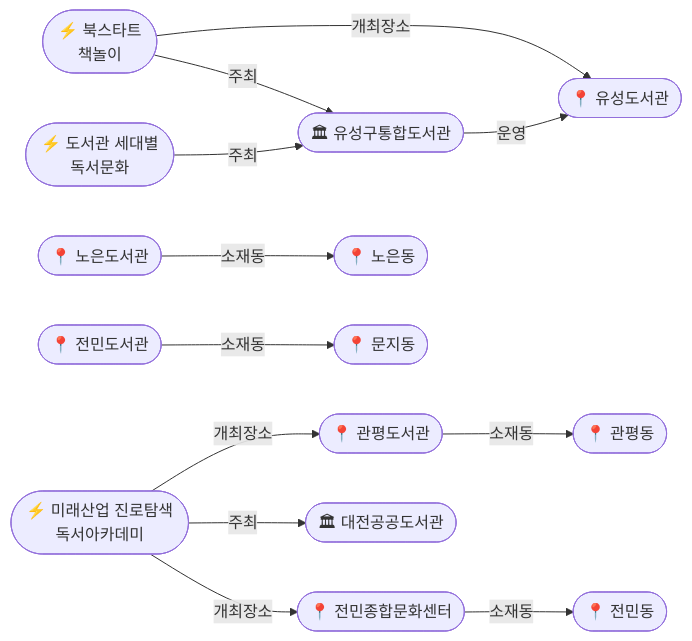
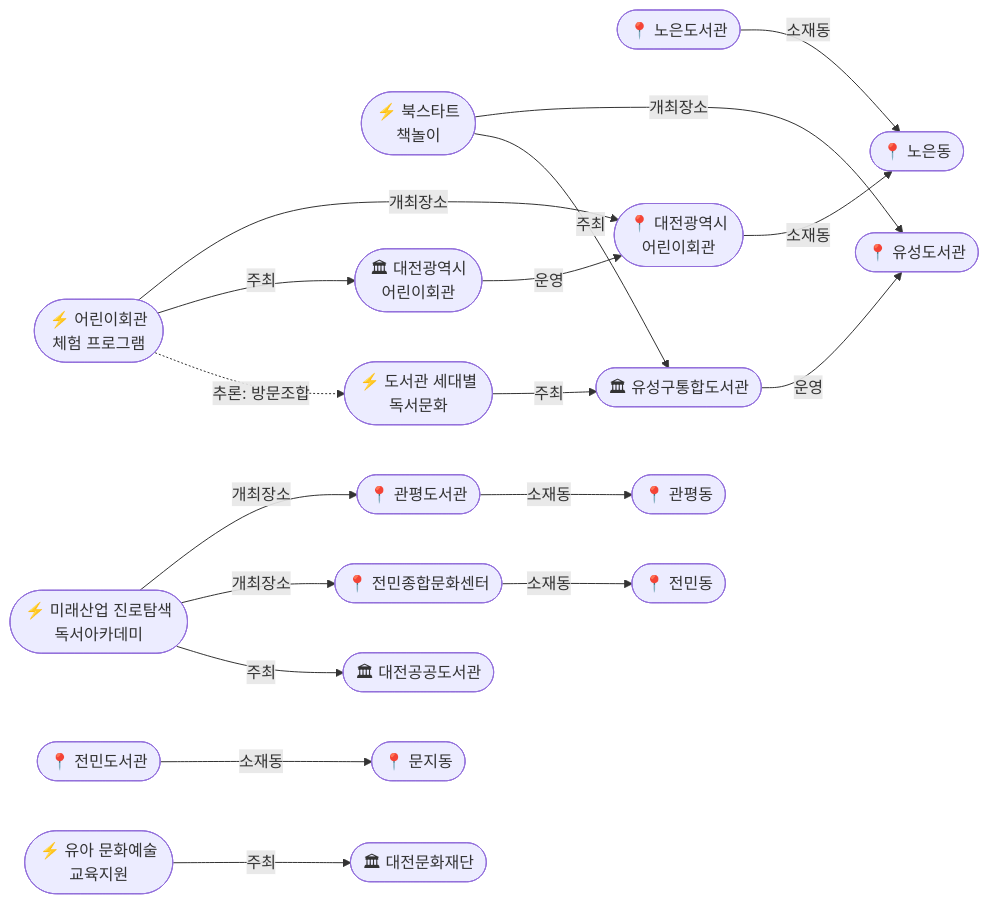
Before and after one commit to tykimos/onto-osint-yuseong-event: the second of 2 diagrams in reports/2026/04/2026-04-25.md, drawn with Mermaid. The commit also changed other lines of this file and 13 other files, not shown here.

````diff
--- a/reports/2026/04/2026-04-25.md
+++ b/reports/2026/04/2026-04-25.md
@@ -246,34 +275,46 @@
 ```mermaid
 graph LR
     EVT3(["⚡ 북스타트<br/>책놀이"])
     EVT7(["⚡ 도서관 세대별<br/>독서문화"])
     EVT8(["⚡ 미래산업 진로탐색<br/>독서아카데미"])
+    EVT9(["⚡ 어린이회관<br/>체험 프로그램"])
+    EVT10(["⚡ 유아 문화예술<br/>교육지원"])
 
     V3(["📍 유성도서관"])
     V7(["📍 관평도서관"])
     V8(["📍 노은도서관"])
     V9(["📍 전민도서관"])
     V10(["📍 전민종합문화센터"])
+    V11(["📍 대전광역시<br/>어린이회관"])
 
     DG(["📍 관평동"])
     DN(["📍 노은동"])
     DM(["📍 문지동"])
     DJ(["📍 전민동"])
 
     O4(["🏛 유성구통합도서관"])
     O8(["🏛 대전공공도서관"])
+    O10(["🏛 대전광역시<br/>어린이회관"])
+    O11(["🏛 대전문화재단"])
 
     EVT3 -->|개최장소| V3
     EVT3 -->|주최| O4
     EVT7 -->|주최| O4
     EVT8 -->|개최장소| V7
     EVT8 -->|개최장소| V10
     EVT8 -->|주최| O8
+    EVT9 -->|개최장소| V11
+    EVT9 -->|주최| O10
+    EVT10 -->|주최| O11
 
     O4 -->|운영| V3
+    O10 -->|운영| V11
 
     V7 -->|소재동| DG
     V8 -->|소재동| DN
     V9 -->|소재동| DM
     V10 -->|소재동| DJ
+    V11 -->|소재동| DN
+
+    EVT9 -.->|추론: 방문조합| EVT7
 ```
````
